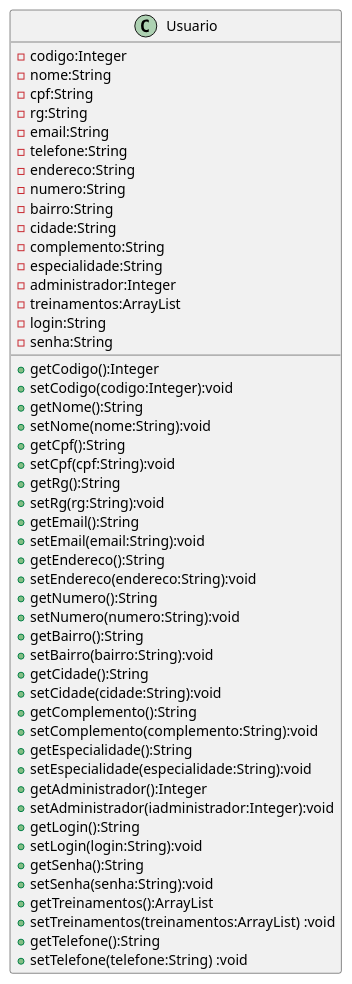
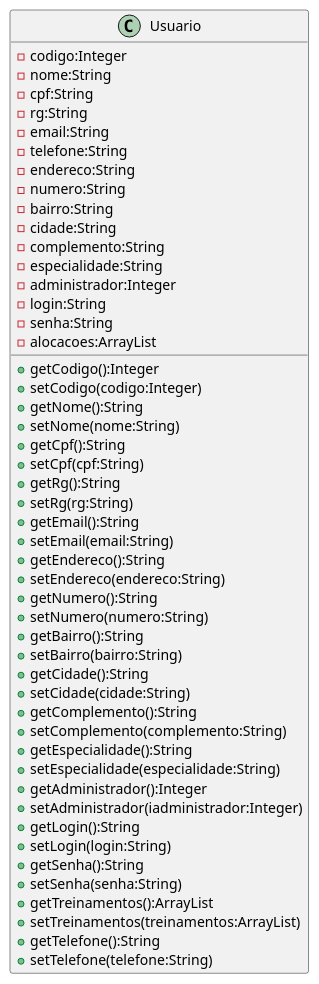
Before and after one commit to joseguilhermeromano/UFABC: the diagram in src/main/java/br/com/ifsp/lds/beans/Usuario.puml, drawn with PlantUML. The commit also changed other lines of this file and 13 other files, not shown here.

```diff
--- a/src/main/java/br/com/ifsp/lds/beans/Usuario.puml
+++ b/src/main/java/br/com/ifsp/lds/beans/Usuario.puml
@@ -5,55 +5,55 @@
 @startuml
 class Usuario {
  
     -codigo:Integer
     -nome:String
     -cpf:String
     -rg:String
     -email:String
     -telefone:String
     -endereco:String
     -numero:String
     -bairro:String
     -cidade:String
     -complemento:String
     -especialidade:String
     -administrador:Integer
-    -treinamentos:ArrayList
     -login:String
     -senha:String
+    -alocacoes:ArrayList
 
     +getCodigo():Integer
-    +setCodigo(codigo:Integer):void
+    +setCodigo(codigo:Integer)
     +getNome():String
-    +setNome(nome:String):void
+    +setNome(nome:String)
     +getCpf():String
-    +setCpf(cpf:String):void
+    +setCpf(cpf:String)
     +getRg():String
-    +setRg(rg:String):void
+    +setRg(rg:String)
     +getEmail():String
-    +setEmail(email:String):void
+    +setEmail(email:String)
     +getEndereco():String
-    +setEndereco(endereco:String):void
+    +setEndereco(endereco:String)
     +getNumero():String
-    +setNumero(numero:String):void
+    +setNumero(numero:String)
     +getBairro():String
-    +setBairro(bairro:String):void
+    +setBairro(bairro:String)
     +getCidade():String
-    +setCidade(cidade:String):void
+    +setCidade(cidade:String)
     +getComplemento():String
-    +setComplemento(complemento:String):void
+    +setComplemento(complemento:String)
     +getEspecialidade():String
-    +setEspecialidade(especialidade:String):void
+    +setEspecialidade(especialidade:String)
     +getAdministrador():Integer
-    +setAdministrador(iadministrador:Integer):void
+    +setAdministrador(iadministrador:Integer)
     +getLogin():String
-    +setLogin(login:String):void
+    +setLogin(login:String)
     +getSenha():String
-    +setSenha(senha:String):void
+    +setSenha(senha:String)
     +getTreinamentos():ArrayList
-    +setTreinamentos(treinamentos:ArrayList) :void
+    +setTreinamentos(treinamentos:ArrayList) 
     +getTelefone():String
-    +setTelefone(telefone:String) :void
+    +setTelefone(telefone:String) 
 }
 
 @enduml
```
